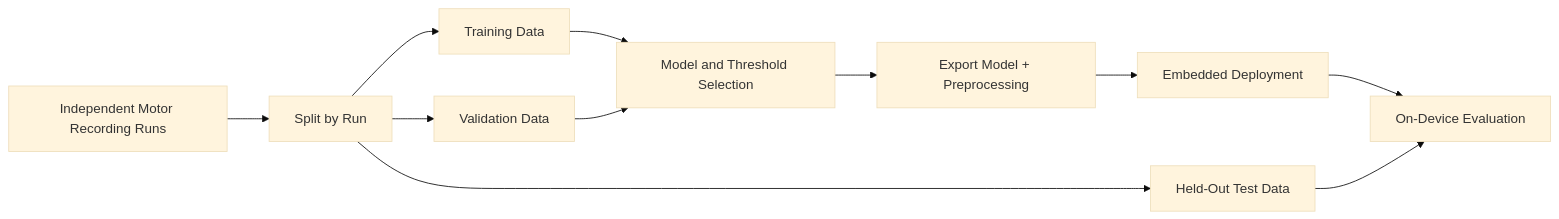
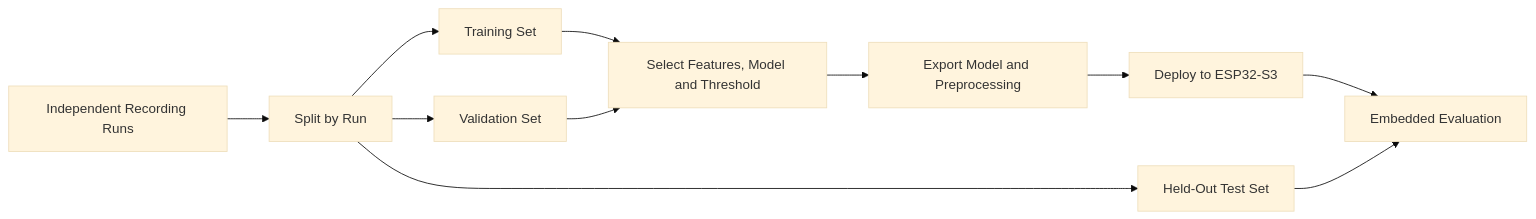
The second of 2 diagrams in Architecture.md (Rithika3712/VibraAid), drawn with Mermaid (base theme) before and after one commit. The commit also changed other lines of this file, not shown here.

````diff
--- a/Architecture.md
+++ b/Architecture.md
@@ -185,24 +327,24 @@
 ```mermaid
 flowchart LR
-    DATA["Independent Motor Recording Runs"]
+    RUNS["Independent Recording Runs"]
     SPLIT["Split by Run"]
-    TRAIN["Training Data"]
-    VALID["Validation Data"]
-    TEST["Held-Out Test Data"]
-    MODEL["Model and Threshold Selection"]
-    EXPORT["Export Model + Preprocessing"]
-    EDGE["Embedded Deployment"]
-    CHECK["On-Device Evaluation"]
+    TRAIN["Training Set"]
+    VALID["Validation Set"]
+    TEST["Held-Out Test Set"]
+    SELECT["Select Features, Model and Threshold"]
+    EXPORT["Export Model and Preprocessing"]
+    DEPLOY["Deploy to ESP32-S3"]
+    EVAL["Embedded Evaluation"]
 
-    DATA --> SPLIT
+    RUNS --> SPLIT
     SPLIT --> TRAIN
     SPLIT --> VALID
     SPLIT --> TEST
 
-    TRAIN --> MODEL
-    VALID --> MODEL
-    MODEL --> EXPORT
-    EXPORT --> EDGE
-    EDGE --> CHECK
-    TEST --> CHECK
+    TRAIN --> SELECT
+    VALID --> SELECT
+    SELECT --> EXPORT
+    EXPORT --> DEPLOY
+    DEPLOY --> EVAL
+    TEST --> EVAL
 ```
````
